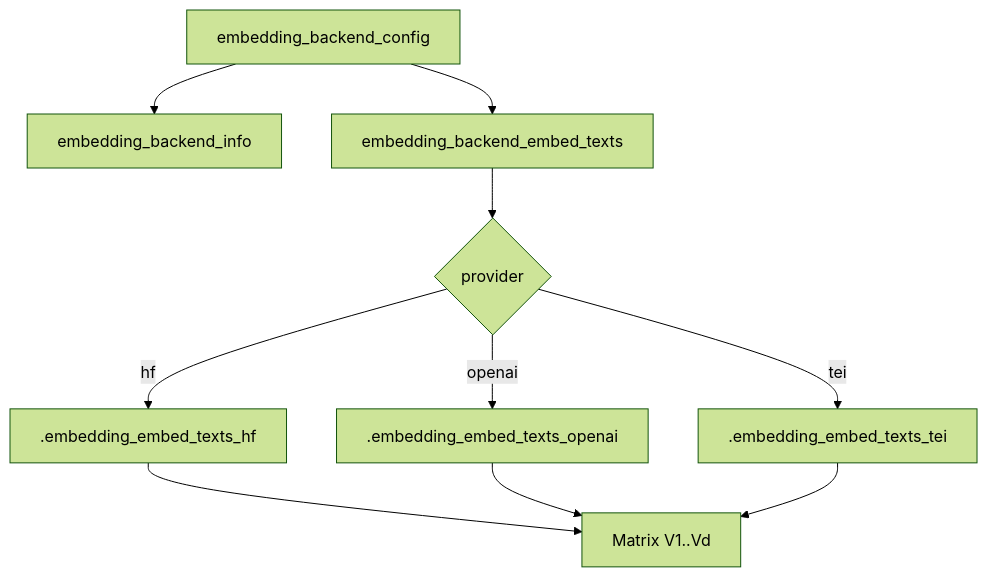
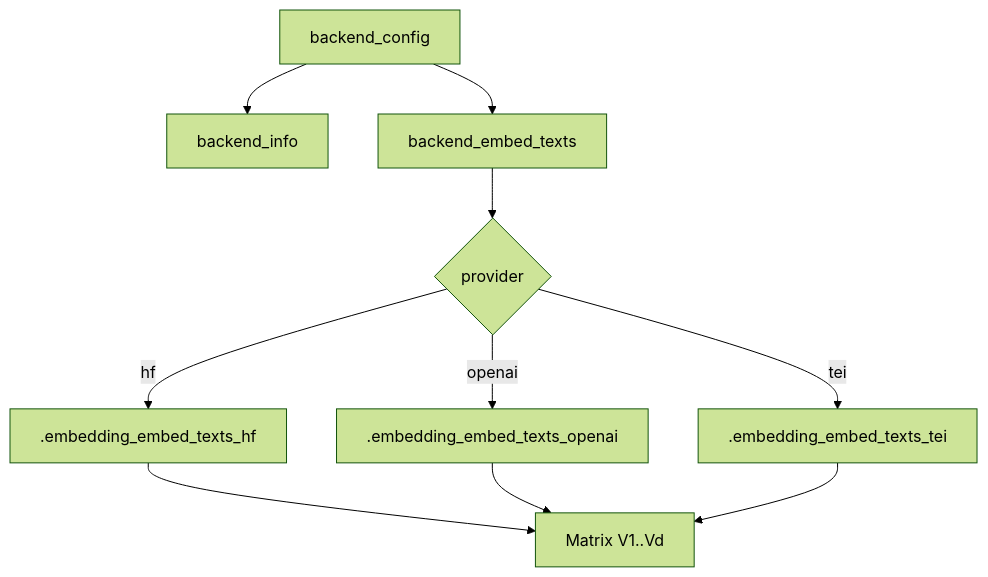
Before and after one commit to openalexPro/openalexVectorComp: the first of 3 diagrams in vignettes/backend-architecture.qmd, drawn with Mermaid (forest theme). The commit also changed other lines of this file and 46 other files, not shown here.

````diff
--- a/vignettes/backend-architecture.qmd
+++ b/vignettes/backend-architecture.qmd
@@ -50,13 +50,13 @@
 ```{mermaid}
 
 flowchart TD
-  A[embedding_backend_config] --> B[embedding_backend_info]
-  A --> C[embedding_backend_embed_texts]
+  A[backend_config] --> B[backend_info]
+  A --> C[backend_embed_texts]
   C --> D{provider}
   D -->|hf| E[.embedding_embed_texts_hf]
   D -->|openai| F[.embedding_embed_texts_openai]
   D -->|tei| G[.embedding_embed_texts_tei]
   E --> H[Matrix V1..Vd]
   F --> H
   G --> H
 ```
````
